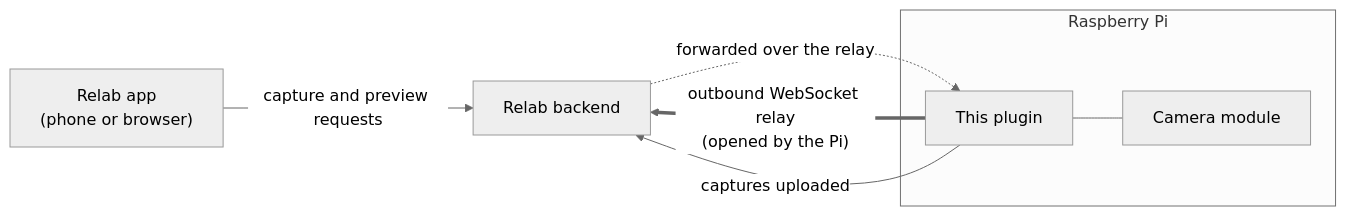
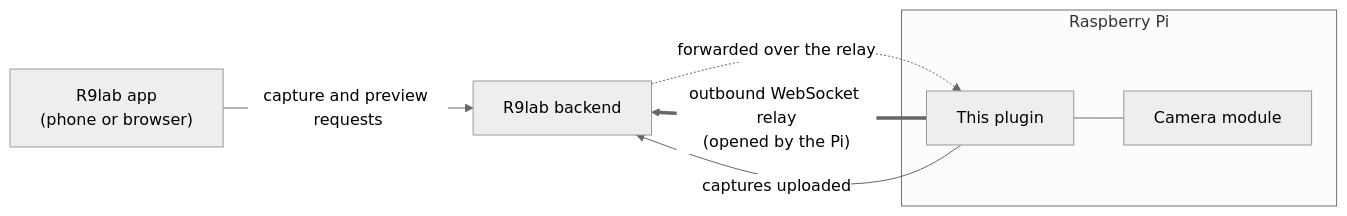
One commit to CMLPlatform/relab-rpi-cam-plugin changed the diagram in README.md. Above: the diagram before and after it, drawn with Mermaid (neutral theme). The commit also changed other lines of this file and 3 other files, not shown here.

````diff
--- a/README.md
+++ b/README.md
@@ -33,15 +33,15 @@
 ```mermaid
 flowchart LR
-    app["Relab app<br/>(phone or browser)"]
-    backend["Relab backend"]
+    app["R9lab app<br/>(phone or browser)"]
+    backend["R9lab backend"]
     subgraph station["Raspberry Pi"]
         plugin["This plugin"]
         camera["Camera module"]
     end
 
     plugin == "outbound WebSocket relay<br/>(opened by the Pi)" ==> backend
     app -- "capture and preview requests" --> backend
     backend -. "forwarded over the relay" .-> plugin
     plugin --- camera
     plugin -- "captures uploaded" --> backend
 ```
````
